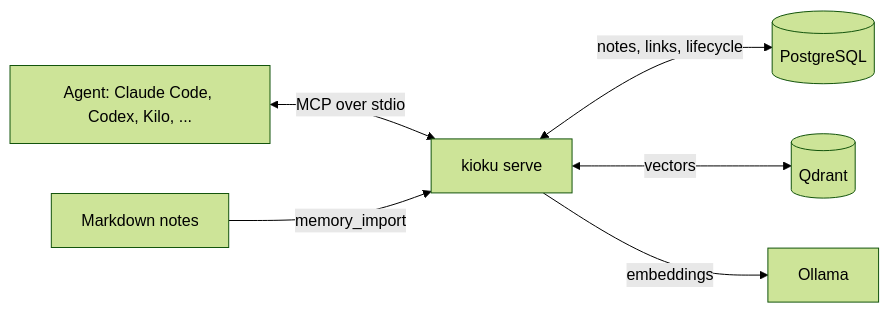
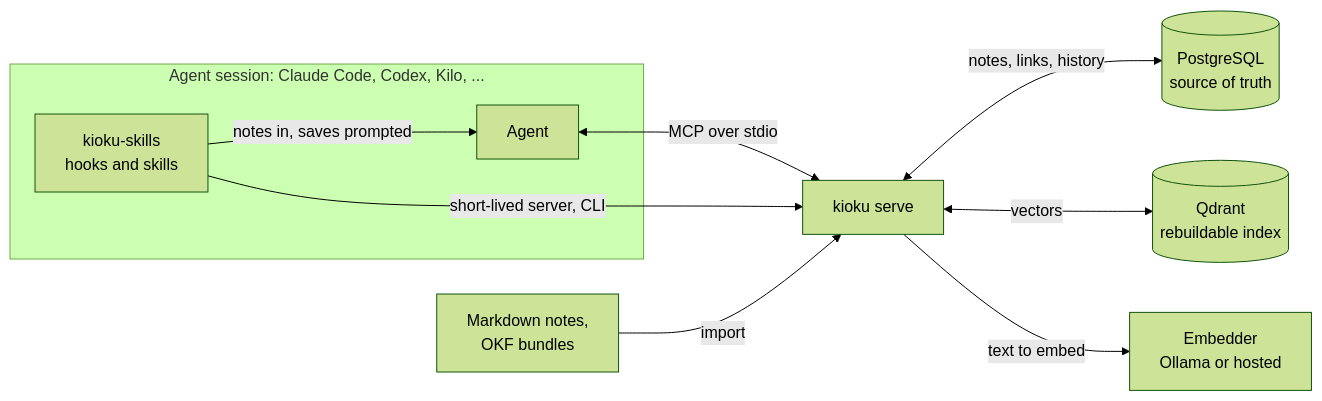
One commit to Jpgomesf/kioku changed the diagram in README.md. Above: the diagram before and after it, drawn with Mermaid (forest theme). The commit also changed other lines of this file and 10 other files, not shown here.

````diff
--- a/README.md
+++ b/README.md
@@ -25,8 +75,14 @@
 ```mermaid
 flowchart LR
-    Agent[Agent: Claude Code, Codex, Kilo, ...] <-->|MCP over stdio| Kioku[kioku serve]
-    Notes[Markdown notes] -->|memory_import| Kioku
-    Kioku <-->|notes, links, lifecycle| PG[(PostgreSQL)]
-    Kioku <-->|vectors| Q[(Qdrant)]
-    Kioku -->|embeddings| O[Ollama]
+    subgraph session["Agent session: Claude Code, Codex, Kilo, ..."]
+        agent["Agent"]
+        plugins["kioku-skills<br/>hooks and skills"]
+    end
+    plugins -->|"notes in, saves prompted"| agent
+    agent <-->|"MCP over stdio"| server["kioku serve"]
+    plugins -->|"short-lived server, CLI"| server
+    files["Markdown notes,<br/>OKF bundles"] -->|import| server
+    server <-->|"notes, links, history"| pg[("PostgreSQL<br/>source of truth")]
+    server <-->|vectors| qdrant[("Qdrant<br/>rebuildable index")]
+    server -->|"text to embed"| embedder["Embedder<br/>Ollama or hosted"]
 ```
````
